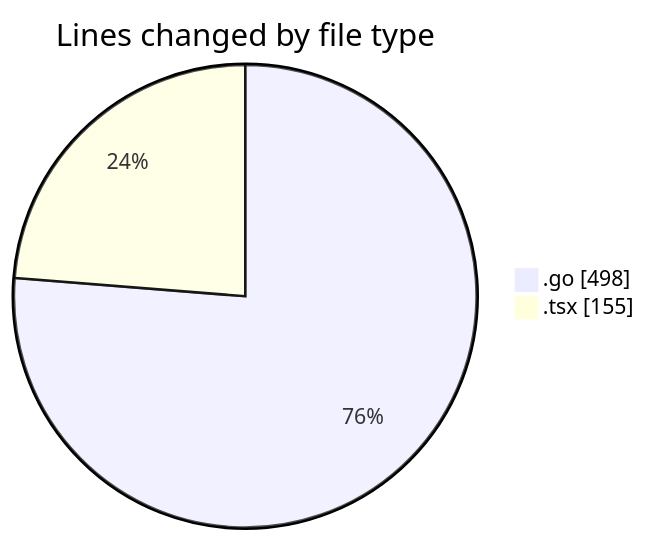
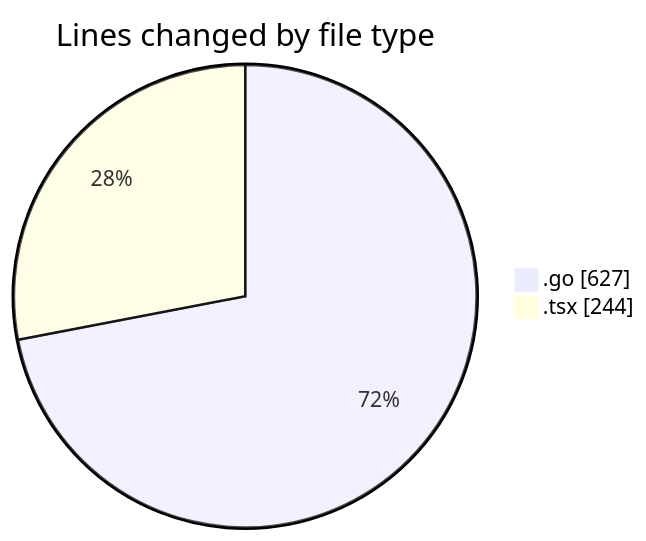
The first of 2 diagrams in 2025-03-01/termonied_testador/README.md (robertbonfada/code-tracking), drawn with Mermaid before and after one commit. The commit also changed other lines of this file and 1 other file, not shown here.

````diff
--- a/2025-03-01/termonied_testador/README.md
+++ b/2025-03-01/termonied_testador/README.md
@@ -26,6 +28,6 @@
 ```mermaid
 pie showData
 title Lines changed by file type
-".go" : 498
-".tsx" : 155
+".go" : 627
+".tsx" : 244
 ```
````
